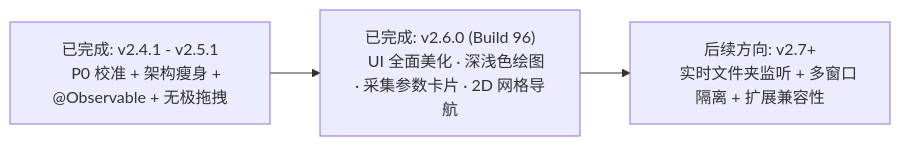
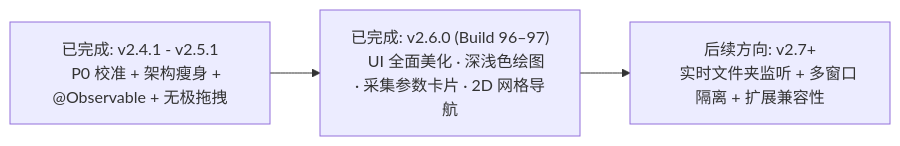
The third of 3 diagrams in ROADMAP.md (uuCicadas/SXMBrowser), drawn with Mermaid before and after one commit. The commit also changed other lines of this file and 3 other files, not shown here.

````diff
--- a/ROADMAP.md
+++ b/ROADMAP.md
@@ -152,8 +166,8 @@
 ```mermaid
 flowchart LR
     Done["已完成: v2.4.1 - v2.5.1
-    P0 校准 + 架构瘦身 + @Observable + 无极拖拽"] --> Done2["已完成: v2.6.0 (Build 96)
+    P0 校准 + 架构瘦身 + @Observable + 无极拖拽"] --> Done2["已完成: v2.6.0 (Build 96–97)
     UI 全面美化 · 深浅色绘图 · 采集参数卡片 · 2D 网格导航"]
     Done2 --> Next3["后续方向: v2.7+
     实时文件夹监听 + 多窗口隔离 + 扩展兼容性"]
 ```
````
